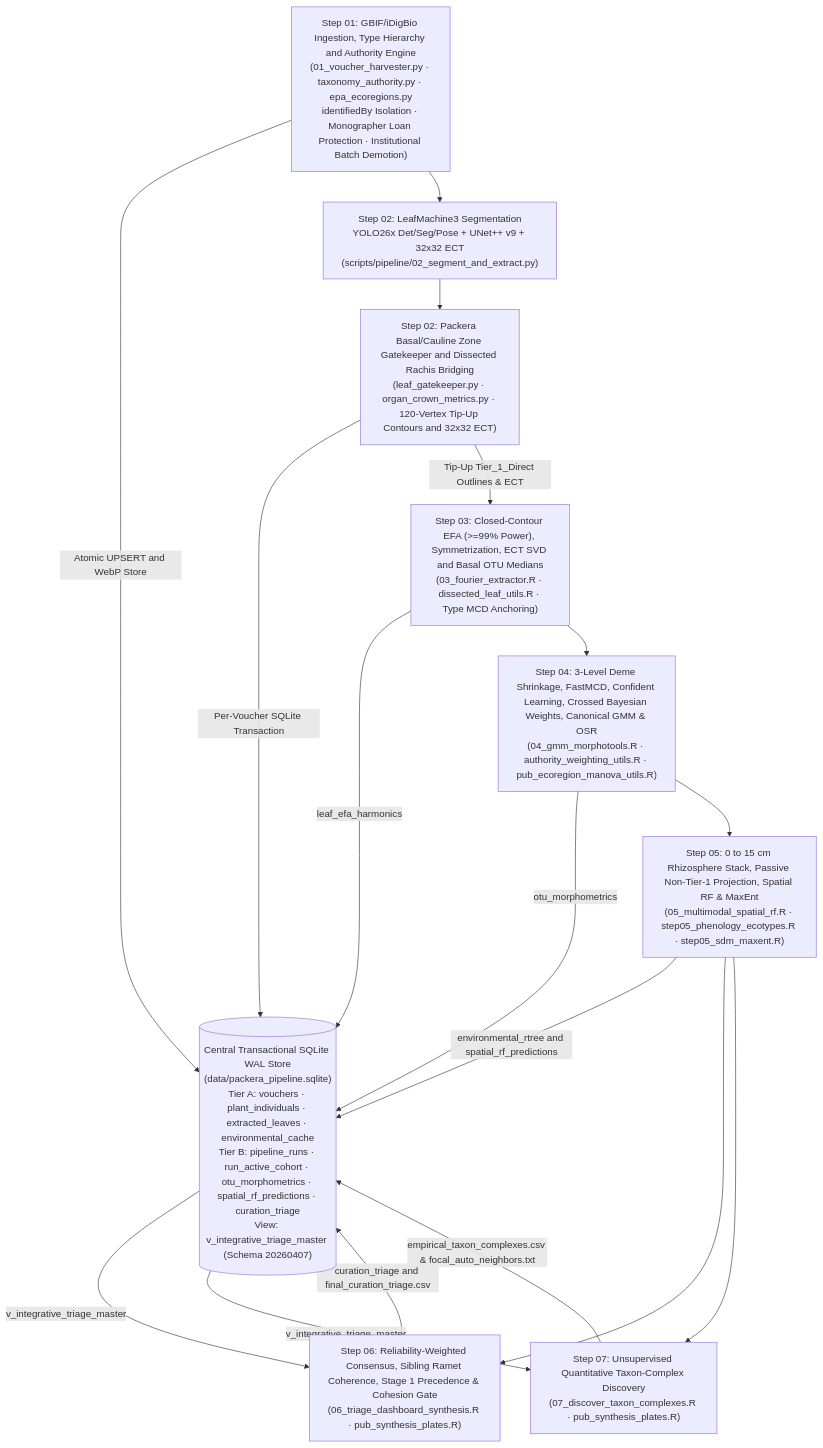
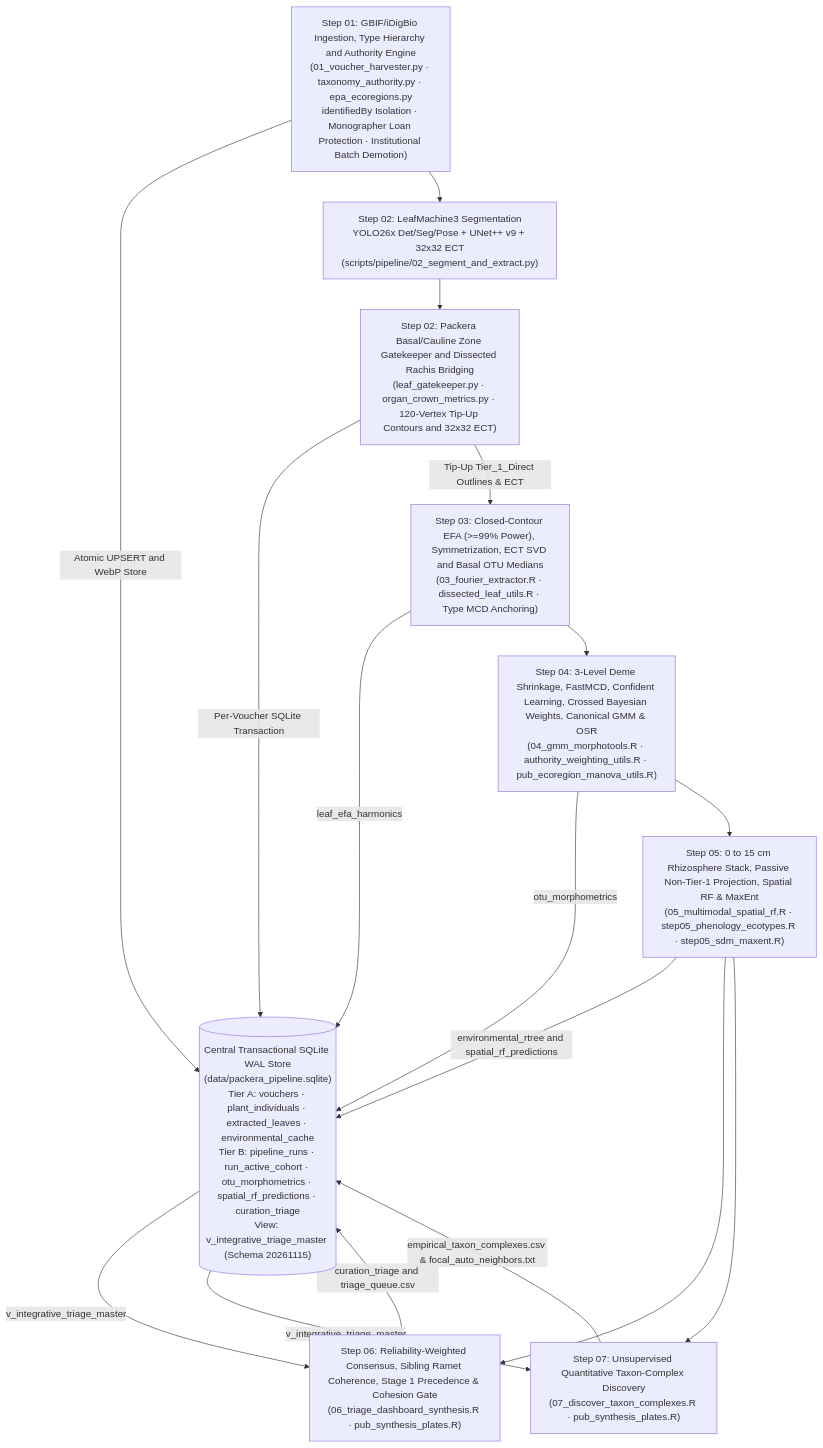
Before and after one commit to Plantatsrophe/Packera_dubia_morphometrics: the diagram in README.md, drawn with Mermaid. The commit also changed other lines of this file and 23 other files, not shown here.

Commit message:
chore: update schema version to 20261115 and refine documentation and test suites

````diff
--- a/README.md
+++ b/README.md
@@ -48,21 +48,21 @@
 ```mermaid
 flowchart TD
-    DB[("Central Transactional SQLite WAL Store\n(data/packera_pipeline.sqlite)\nTier A: vouchers · plant_individuals · extracted_leaves · environmental_cache\nTier B: pipeline_runs · run_active_cohort · otu_morphometrics · spatial_rf_predictions · curation_triage\nView: v_integrative_triage_master (Schema 20260407)")]
+    DB[("Central Transactional SQLite WAL Store\n(data/packera_pipeline.sqlite)\nTier A: vouchers · plant_individuals · extracted_leaves · environmental_cache\nTier B: pipeline_runs · run_active_cohort · otu_morphometrics · spatial_rf_predictions · curation_triage\nView: v_integrative_triage_master (Schema 20261115)")]
 
     B1["Step 01: GBIF/iDigBio Ingestion, Type Hierarchy and Authority Engine\n(01_voucher_harvester.py · taxonomy_authority.py · epa_ecoregions.py\nidentifiedBy Isolation · Monographer Loan Protection · Institutional Batch Demotion)"] -->|"Atomic UPSERT and WebP Store"| DB
     B1 --> S02["Step 02: LeafMachine3 Segmentation<br/>YOLO26x Det/Seg/Pose + UNet++ v9 + 32x32 ECT<br/>(scripts/pipeline/02_segment_and_extract.py)"]
     S02 --> B3["Step 02: Packera Basal/Cauline Zone Gatekeeper and Dissected Rachis Bridging\n(leaf_gatekeeper.py · organ_crown_metrics.py · 120-Vertex Tip-Up Contours and 32x32 ECT)"]
     B3 -->|"Per-Voucher SQLite Transaction"| DB
     B3 -->|"Tip-Up Tier_1_Direct Outlines & ECT"| B4["Step 03: Closed-Contour EFA (>=99% Power), Symmetrization, ECT SVD and Basal OTU Medians\n(03_fourier_extractor.R · dissected_leaf_utils.R · Type MCD Anchoring)"]
     B4 -->|"leaf_efa_harmonics"| DB
     B4 --> B5["Step 04: 3-Level Deme Shrinkage, FastMCD, Confident Learning, Crossed Bayesian Weights, Canonical GMM & OSR\n(04_gmm_morphotools.R · authority_weighting_utils.R · pub_ecoregion_manova_utils.R)"]
     B5 -->|"otu_morphometrics"| DB
     B5 --> B6["Step 05: 0 to 15 cm Rhizosphere Stack, Passive Non-Tier-1 Projection, Spatial RF & MaxEnt\n(05_multimodal_spatial_rf.R · step05_phenology_ecotypes.R · step05_sdm_maxent.R)"]
     B6 -->|"environmental_rtree and spatial_rf_predictions"| DB
     B6 --> B7["Step 06: Reliability-Weighted Consensus, Sibling Ramet Coherence, Stage 1 Precedence & Cohesion Gate\n(06_triage_dashboard_synthesis.R · pub_synthesis_plates.R)"]
     DB -->|"v_integrative_triage_master"| B7
-    B7 -->|"curation_triage and final_curation_triage.csv"| DB
+    B7 -->|"curation_triage and triage_queue.csv"| DB
     B6 --> B8["Step 07: Unsupervised Quantitative Taxon-Complex Discovery\n(07_discover_taxon_complexes.R · pub_synthesis_plates.R)"]
     DB -->|"v_integrative_triage_master"| B8
     B8 -->|"empirical_taxon_complexes.csv & focal_auto_neighbors.txt"| DB
 ```
````
